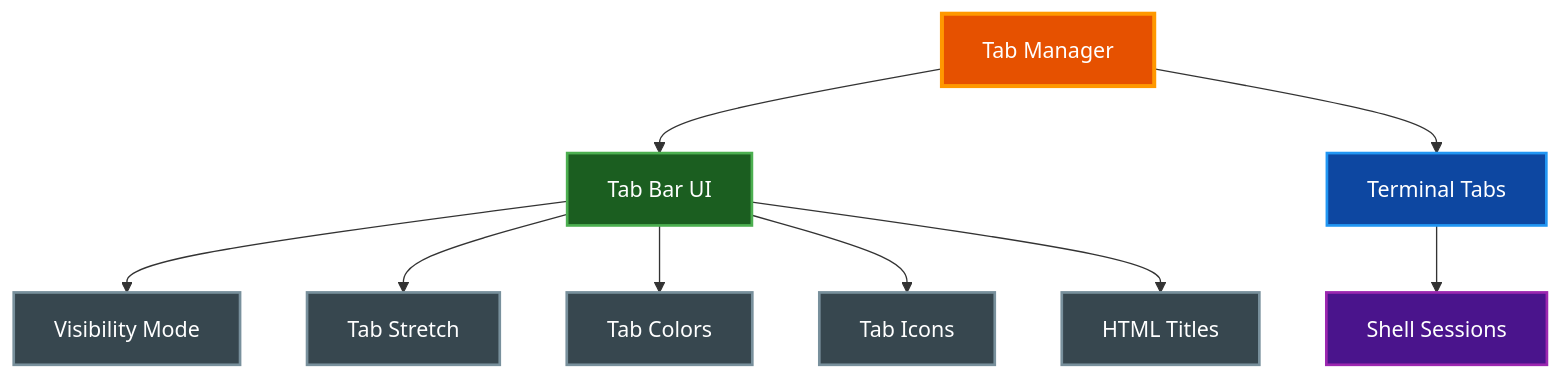
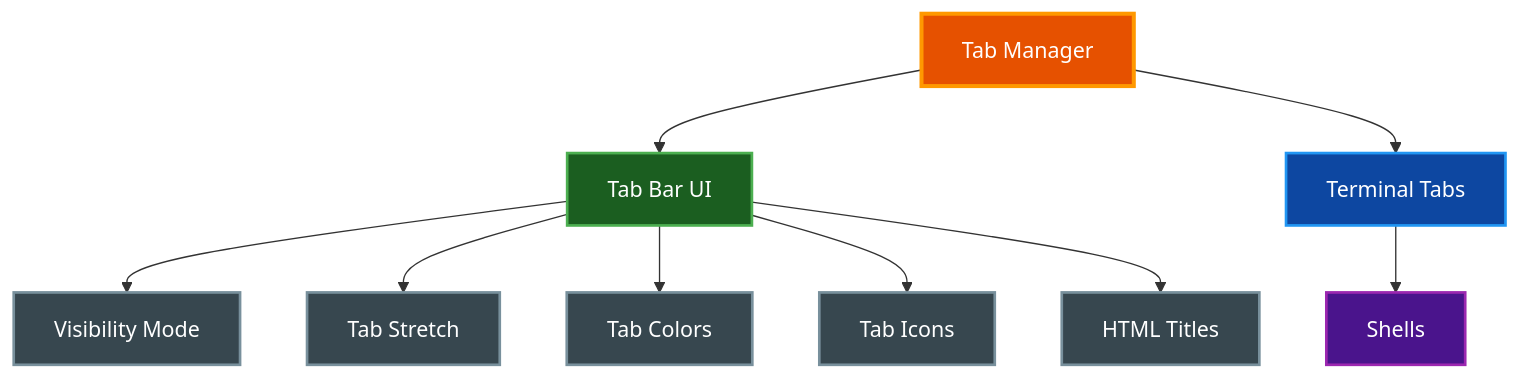
The first of 3 diagrams in docs/features/TABS.md (paulrobello/par-term), drawn with Mermaid before and after one commit. The commit also changed other lines of this file and 83 other files, not shown here.

````diff
--- a/docs/features/TABS.md
+++ b/docs/features/TABS.md
@@ -41,29 +42,29 @@
 ```mermaid
 graph TD
     TabManager[Tab Manager]
     TabBar[Tab Bar UI]
     Tabs[Terminal Tabs]
-    Sessions[Shell Sessions]
+    Sessions[Shells]
 
     TabManager --> TabBar
     TabManager --> Tabs
     Tabs --> Sessions
 
     TabBar --> Visibility[Visibility Mode]
     TabBar --> Stretch[Tab Stretch]
     TabBar --> Colors[Tab Colors]
     TabBar --> Icons[Tab Icons]
     TabBar --> HTML[HTML Titles]
 
     class TabManager primary
     class TabBar active
     class Tabs data
     class Sessions external
     class Visibility,Stretch,Colors,Icons,HTML neutral
 
     classDef primary fill:#e65100,stroke:#ff9800,stroke-width:3px,color:#ffffff
     classDef active fill:#1b5e20,stroke:#4caf50,stroke-width:2px,color:#ffffff
     classDef data fill:#0d47a1,stroke:#2196f3,stroke-width:2px,color:#ffffff
     classDef external fill:#4a148c,stroke:#9c27b0,stroke-width:2px,color:#ffffff
     classDef neutral fill:#37474f,stroke:#78909c,stroke-width:2px,color:#ffffff
 ```
````
